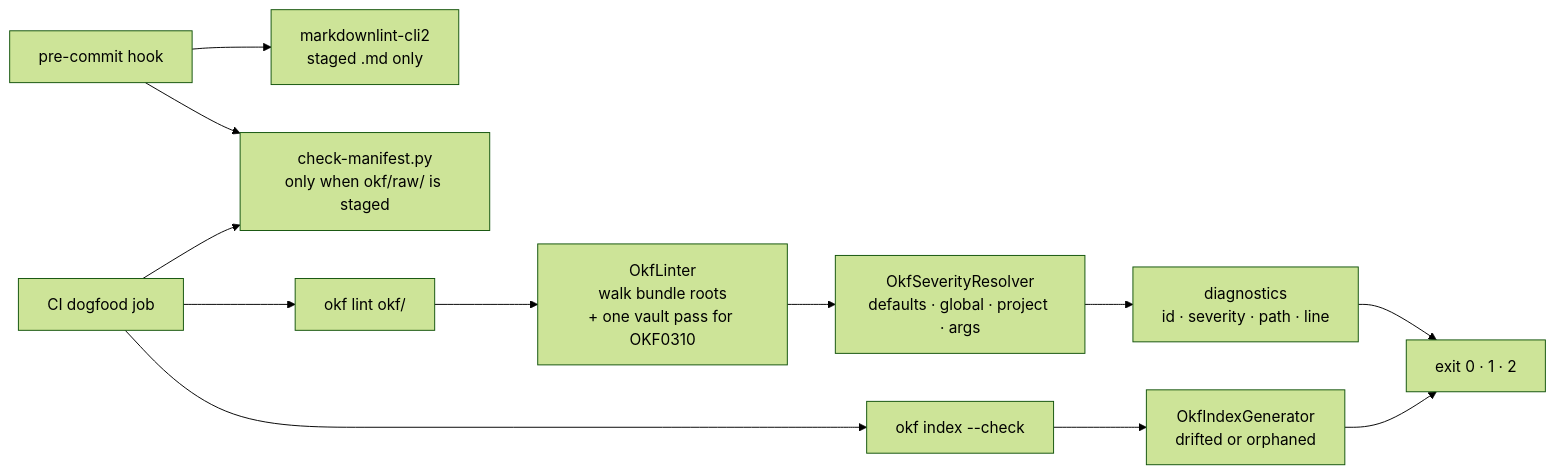
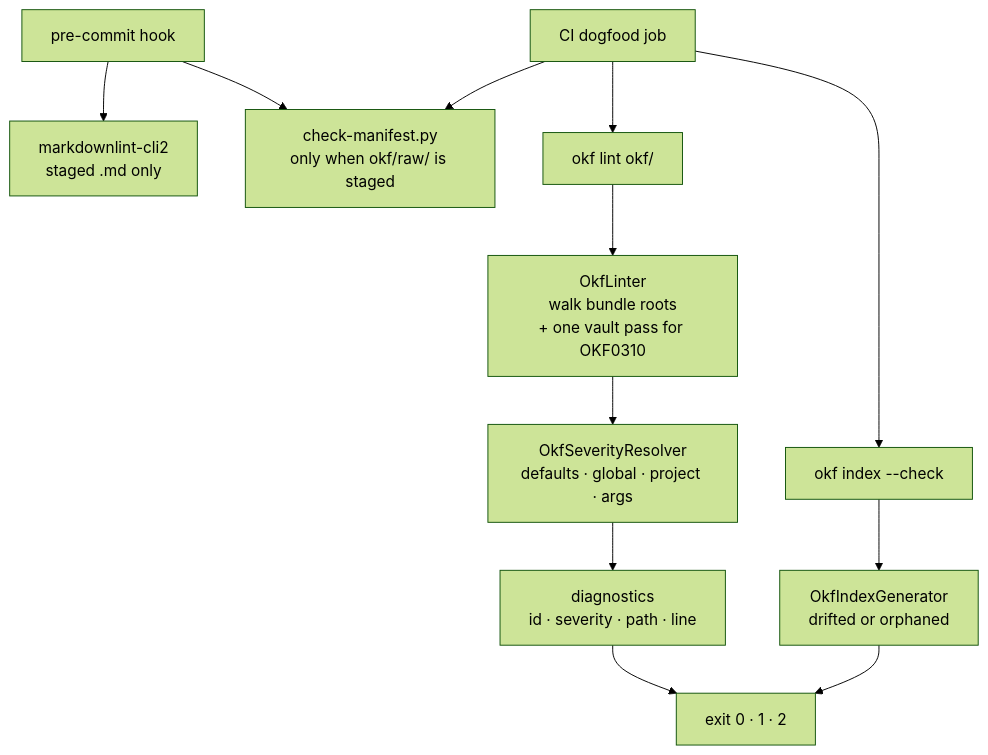
Before and after one commit to georgepharrison/okf-net: the third of 7 diagrams in docs/architecture.md, drawn with Mermaid (forest theme). The commit also changed other lines of this file and 1 other file, not shown here.

First line of the commit message:
docs: correct the architecture-spine rules the code contradicts

````diff
--- a/docs/architecture.md
+++ b/docs/architecture.md
@@ -753,14 +804,14 @@
 ```mermaid
-flowchart LR
+flowchart TB
     hook["pre-commit hook"] --> mdl["markdownlint-cli2<br/>staged .md only"]
     hook --> cm["check-manifest.py<br/>only when okf/raw/ is staged"]
     job["CI dogfood job"] --> lint["okf lint okf/"]
     job --> chk["okf index --check"]
     job --> cm
     lint --> walk["OkfLinter<br/>walk bundle roots<br/>+ one vault pass for OKF0310"]
     walk --> sev["OkfSeverityResolver<br/>defaults · global · project · args"]
     sev --> diag["diagnostics<br/>id · severity · path · line"]
     chk --> gen["OkfIndexGenerator<br/>drifted or orphaned"]
     diag --> code["exit 0 · 1 · 2"]
     gen --> code
 ```
````
